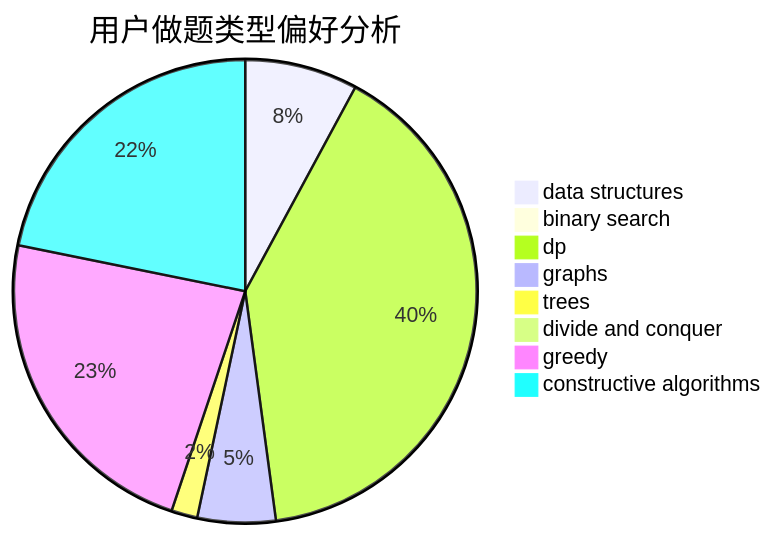
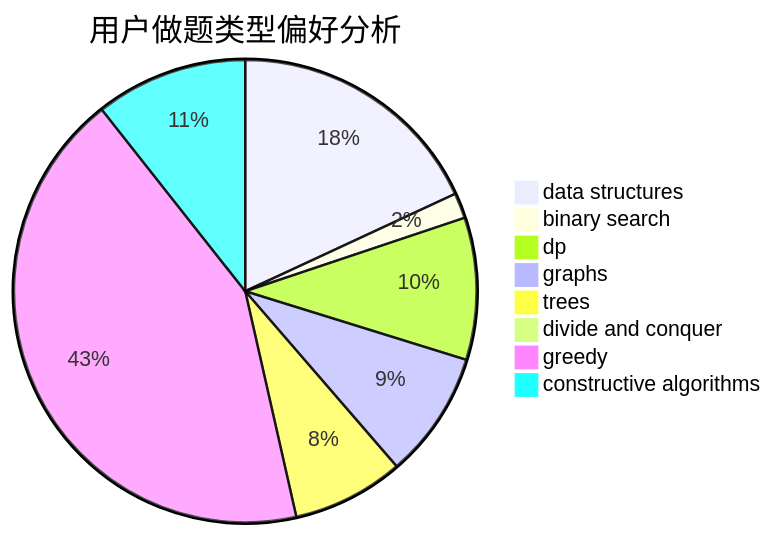
Before and after one commit to sherpahu/cfrs.github.io: the second of 3 diagrams in docs/user/u1990.md, drawn with Mermaid. The commit also changed other lines of this file and 2770 other files, not shown here.

````diff
--- a/docs/user/u1990.md
+++ b/docs/user/u1990.md
@@ -23,11 +23,11 @@
 ```mermaid
 pie title 用户做题类型偏好分析
-    "data structures" :  13
-    "binary search" :  0
-    "dp" :  66
-    "graphs" :  9
-    "trees" :  3
+    "data structures" :  51
+    "binary search" :  5
+    "dp" :  28
+    "graphs" :  25
+    "trees" :  22
     "divide and conquer" :  0
-    "greedy" :  38
-    "constructive algorithms" :  36
+    "greedy" :  121
+    "constructive algorithms" :  30
 ```
````
